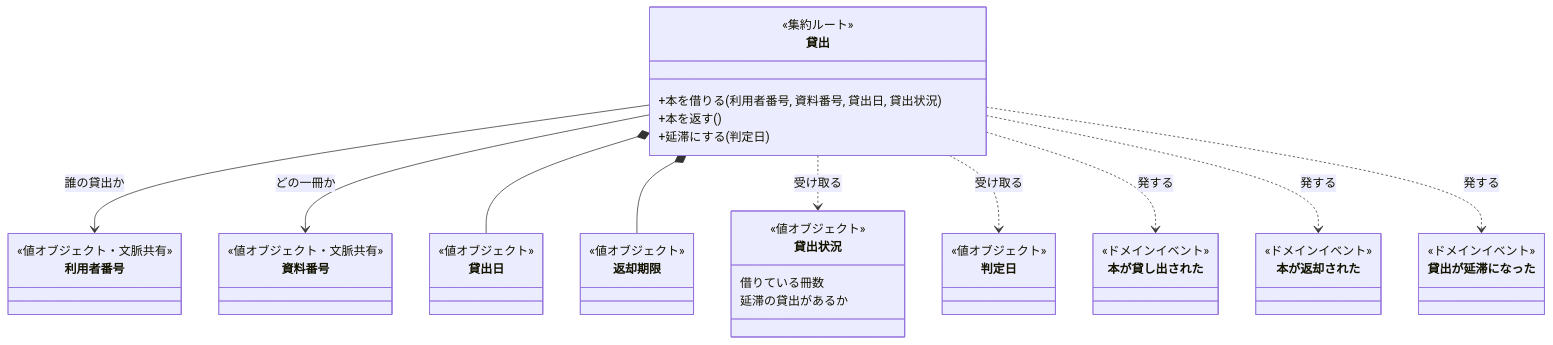
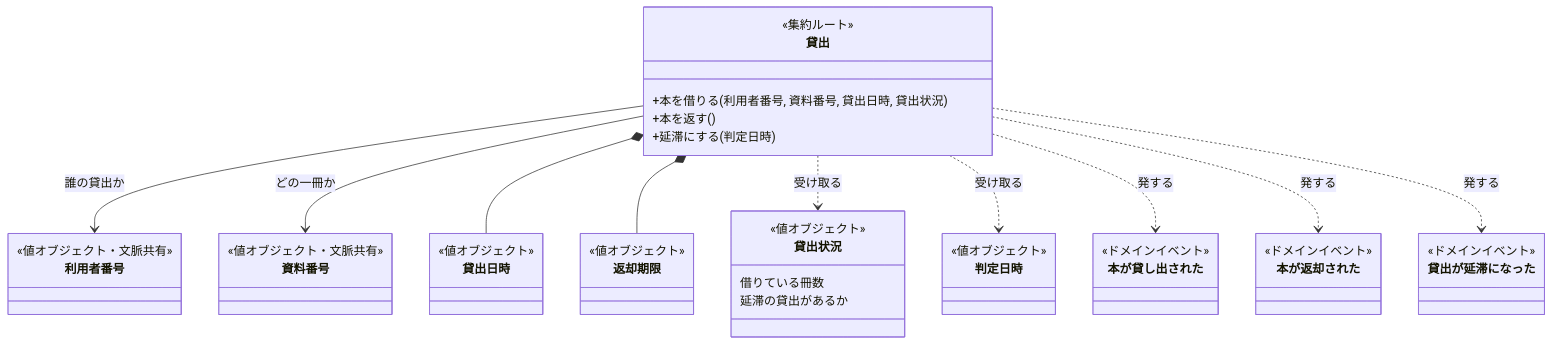
Before and after one commit to nakamori-naoya/write-doc-plugins: the first of 2 diagrams in plugins/write-doc/skills/write-doc/assets/examples/domain-model.example.md, drawn with Mermaid. The commit also changed other lines of this file, not shown here.

Commit message:
fix(domain-model example): 業務の時刻の引数を時点（貸出日時、判定日時）にそろえる

````diff
--- a/plugins/write-doc/skills/write-doc/assets/examples/domain-model.example.md
+++ b/plugins/write-doc/skills/write-doc/assets/examples/domain-model.example.md
@@ -10,47 +10,47 @@
 ```mermaid
 classDiagram
     class Loan["貸出"] {
         <<集約ルート>>
-        +本を借りる(利用者番号, 資料番号, 貸出日, 貸出状況)
+        +本を借りる(利用者番号, 資料番号, 貸出日時, 貸出状況)
         +本を返す()
-        +延滞にする(判定日)
+        +延滞にする(判定日時)
     }
     class UserNo["利用者番号"] {
         <<値オブジェクト・文脈共有>>
     }
     class BookNo["資料番号"] {
         <<値オブジェクト・文脈共有>>
     }
-    class LentOn["貸出日"] {
+    class LentAt["貸出日時"] {
         <<値オブジェクト>>
     }
     class Due["返却期限"] {
         <<値オブジェクト>>
     }
-    class JudgedOn["判定日"] {
+    class CheckedAt["判定日時"] {
         <<値オブジェクト>>
     }
     class Standing["貸出状況"] {
         <<値オブジェクト>>
         借りている冊数
         延滞の貸出があるか
     }
     class Lent["本が貸し出された"] {
         <<ドメインイベント>>
     }
     class Returned["本が返却された"] {
         <<ドメインイベント>>
     }
     class Overdue["貸出が延滞になった"] {
         <<ドメインイベント>>
     }
     Loan --> UserNo : 誰の貸出か
     Loan --> BookNo : どの一冊か
-    Loan *-- LentOn
+    Loan *-- LentAt
     Loan *-- Due
     Loan ..> Standing : 受け取る
-    Loan ..> JudgedOn : 受け取る
+    Loan ..> CheckedAt : 受け取る
     Loan ..> Lent : 発する
     Loan ..> Returned : 発する
     Loan ..> Overdue : 発する
 ```
````
